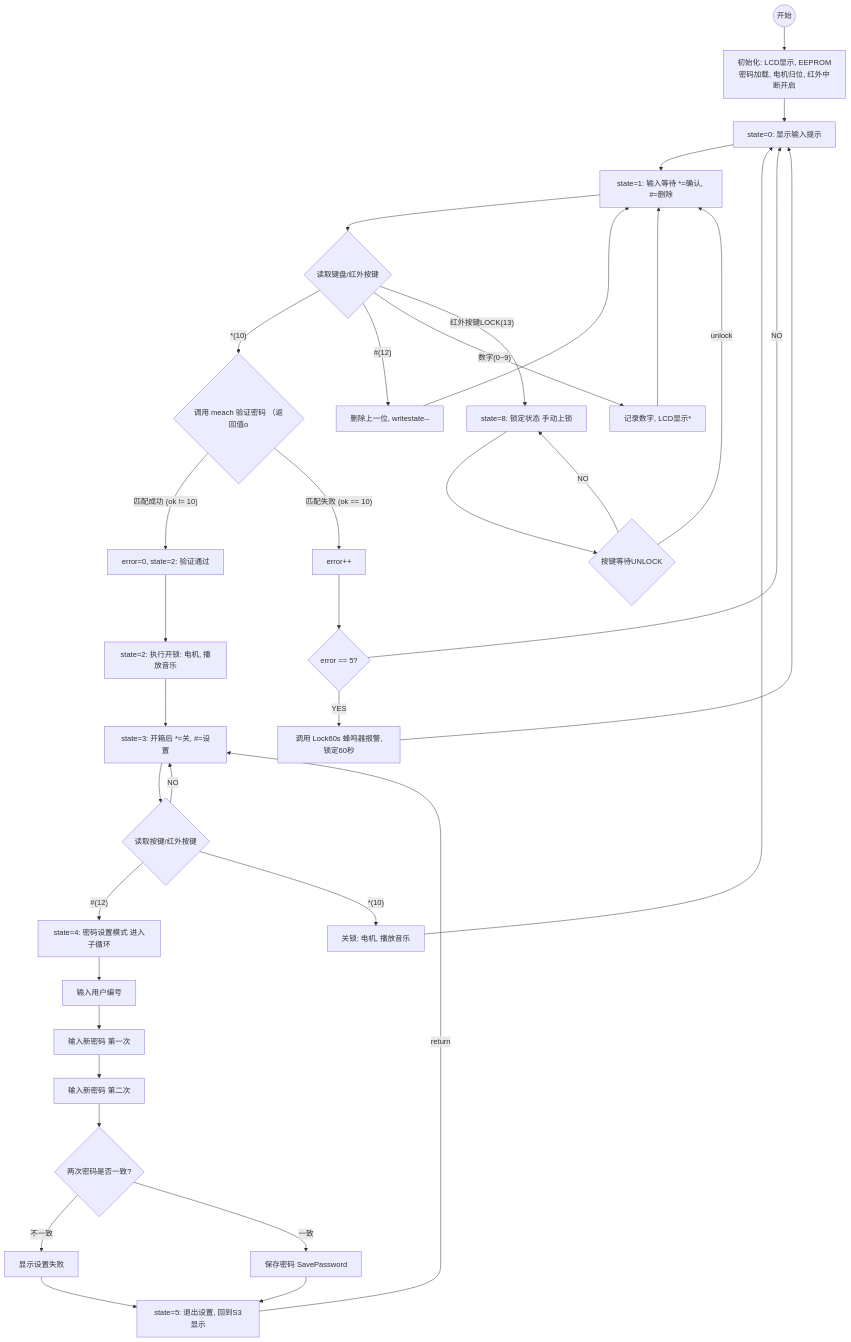
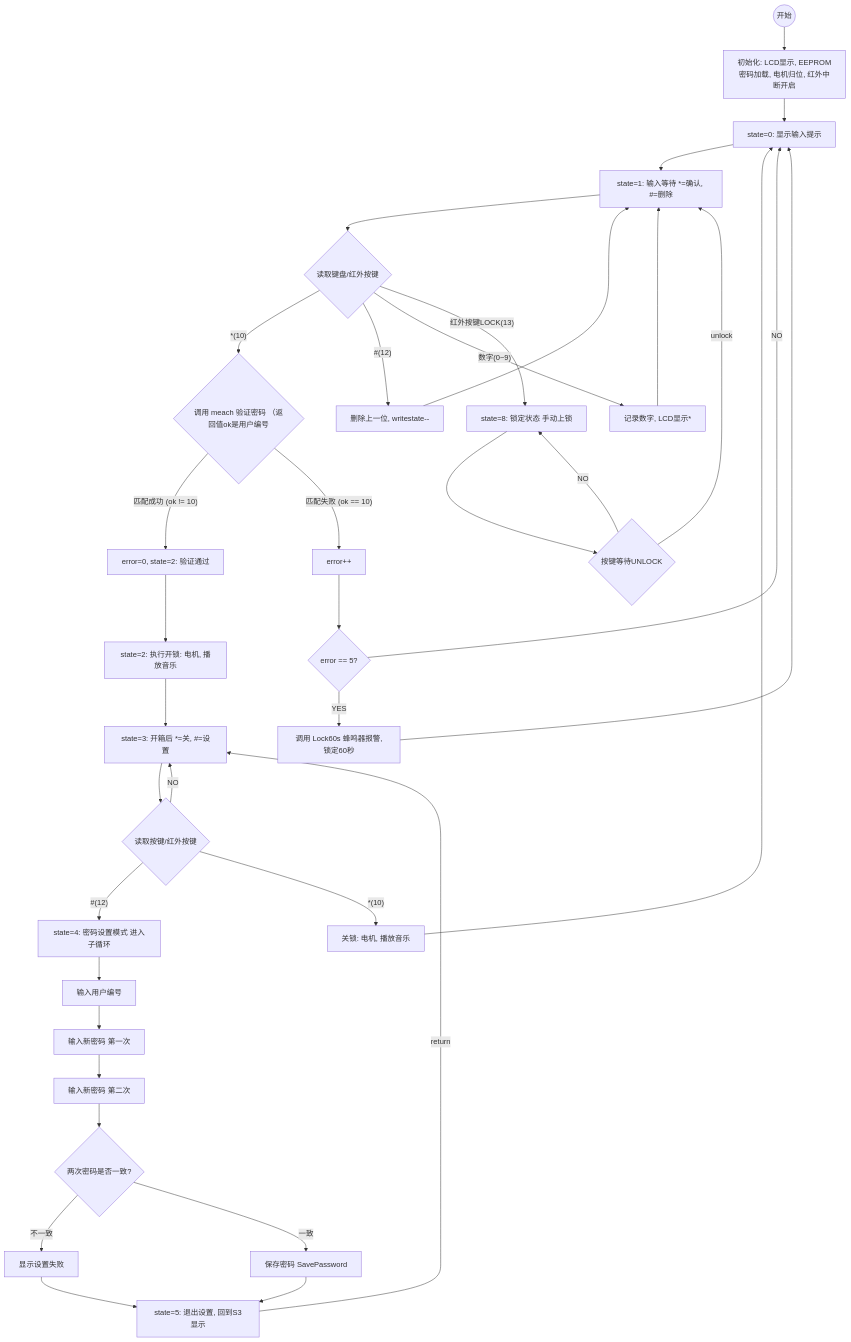
Before and after one commit to ksxyh-22/iodraw-files: the diagram in all/未命名-2.md, drawn with Mermaid.

Commit message:
2025-10-11 11:35:03 update

````diff
--- a/all/未命名-2.md
+++ b/all/未命名-2.md
@@ -1,80 +1,80 @@
 ```mermaid
 graph TD
     %% 状态机主流程
     START((开始)) --> INIT[初始化: LCD显示, EEPROM密码加载, 电机归位, 红外中断开启];
     INIT --> S0[state=0: 显示输入提示];
 
     %% 状态 1: 密码输入与验证 (主流程)
     S0 --> S1[state=1: 输入等待 *=确认, #=删除];
     
     S1 --> INPUT{读取键盘/红外按键};
     
     %% 验证分支
-    INPUT -- *(10) --> VERIFY{调用 meach 验证密码 （返回值o};
+    INPUT -- *(10) --> VERIFY{调用 meach 验证密码 （返回值ok是用户编号};
 
 
     INPUT -- #(12) --> DELETE[删除上一位, writestate--];
     DELETE --> S1;
 
     
 
     %% 处理输入分支
     INPUT -- 数字(0~9) --> DIGIT[记录数字, LCD显示*];
     DIGIT --> S1;
 
     
 
     
 
     
     VERIFY -- 匹配成功 (ok != 10) --> S2_SUCCESS[error=0, state=2: 验证通过];
     
     %% 失败和错误处理 (分支到右侧)
     VERIFY -- 匹配失败 (ok == 10) --> ERROR_COUNT[error++];
     
     ERROR_COUNT --> CHECK_ERRORS{error == 5?};
     
     CHECK_ERRORS -- NO --> S0;
 
     CHECK_ERRORS -- YES --> LOCK_60s[调用 Lock60s 蜂鸣器报警,锁定60秒];
     LOCK_60s --> S0;
 
     %% 状态 2, 3, 5: 开锁后的操作 (主流程)
     S2_SUCCESS --> S2_OPEN[state=2: 执行开锁: 电机, 播放音乐];
     S2_OPEN --> S3[state=3: 开箱后 *=关, #=设置];
 
     S3 --> POST_KEY{读取按键/红外按键};
     
     POST_KEY -- NO --> S3;
     
     POST_KEY -- #(12) --> S4[state=4: 密码设置模式 进入子循环];
 
     POST_KEY -- *(10) --> S3_CLOSE[关锁: 电机, 播放音乐];
     S3_CLOSE --> S0;
     
     
 
     %% 状态 4: 密码设置 (子流程)
     S4 --> S4_USER[输入用户编号];
     S4_USER --> S4_PASS1[输入新密码 第一次];
     S4_PASS1 --> S4_PASS2[输入新密码 第二次];
 
     S4_PASS2 --> S4_CHECK{两次密码是否一致?};
     
     S4_CHECK -- 不一致 --> S4_FAIL[显示设置失败];
     S4_FAIL --> S5[state=5: 退出设置, 回到S3显示];
 
     S4_CHECK -- 一致 --> S4_SAVE[保存密码 SavePassword];
     S4_SAVE --> S5;
     
     S5 -- return --> S3; 
     
     %% 手动锁定 (分支到右侧)
     INPUT -- 红外按键LOCK(13) --> S8;
 
     %% 状态 8: 锁定状态 (独立循环)
     S8[state=8: 锁定状态 手动上锁] --> S8_WAIT{按键等待UNLOCK};
     
     S8_WAIT -- NO --> S8;
     S8_WAIT -- unlock --> S1;
 ```
````
